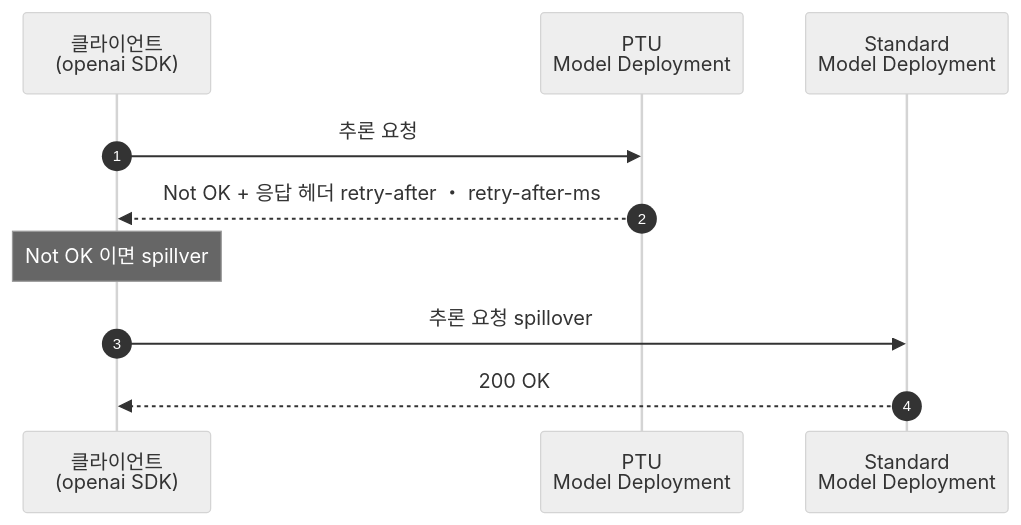
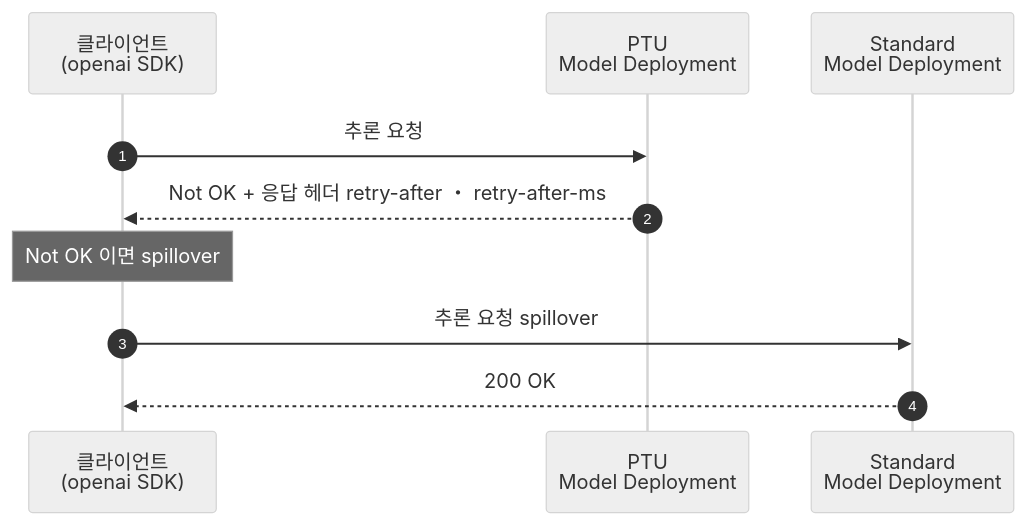
Before and after one commit to ivorycloud1013/lab-azure-guide-foundry-ptu: the fifth of 6 diagrams in README.md, drawn with Mermaid (neutral theme). The commit also changed other lines of this file, not shown here.

````diff
--- a/README.md
+++ b/README.md
@@ -390,13 +396,13 @@
 ```mermaid
 sequenceDiagram
     autonumber
     participant Client as 클라이언트<br/>(openai SDK)
     participant PTU as PTU<br/>Model Deployment
     participant STD as Standard<br/>Model Deployment
 
     Client->>PTU: 추론 요청
     PTU-->>Client: Not OK + 응답 헤더 retry-after ・ retry-after-ms
-    Note over Client: Not OK 이면 spillver
+    Note over Client: Not OK 이면 spillover
     Client->>STD: 추론 요청 spillover
     STD-->>Client: 200 OK
 ```
````
